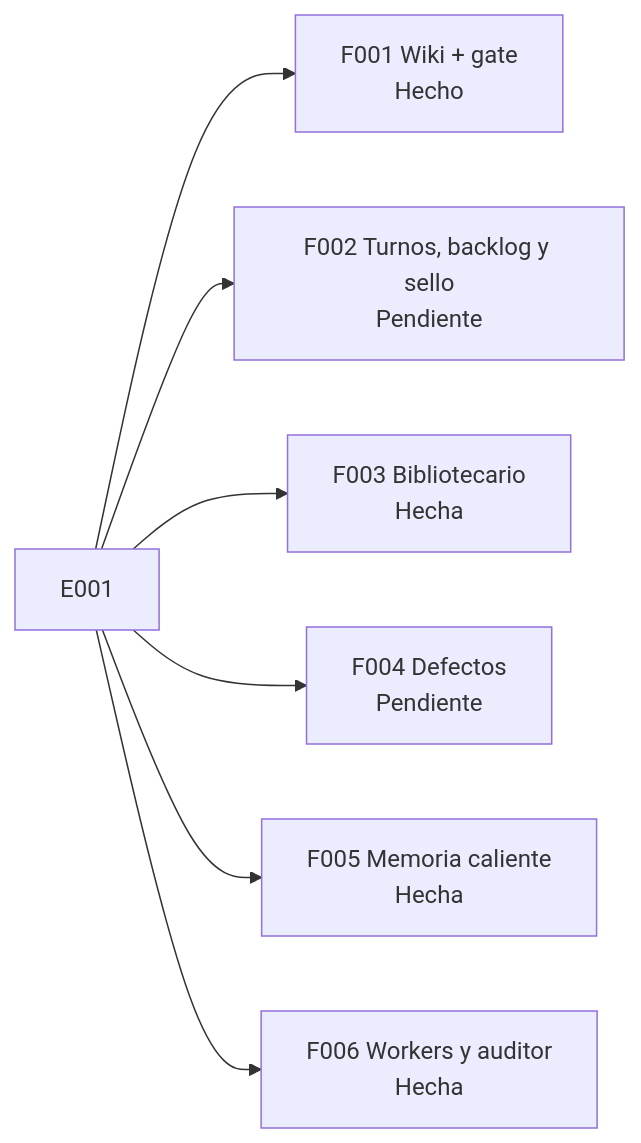
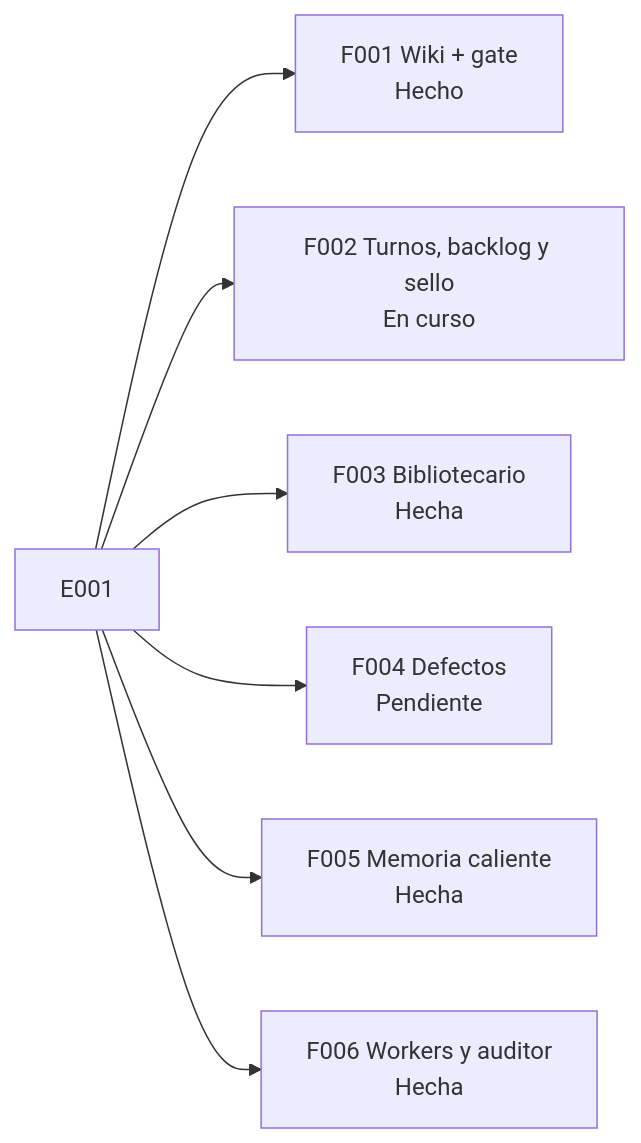
One commit to jliberal-aquas/aquas-central-harness-government changed the second of 2 diagrams in docs/E001/README.md. Above: the diagram before and after it, drawn with Mermaid. The commit also changed other lines of this file and 51 other files, not shown here.

````diff
--- a/docs/E001/README.md
+++ b/docs/E001/README.md
@@ -121,9 +121,9 @@
 ```mermaid
 flowchart LR
     E["E001"] --> F1["F001 Wiki + gate<br/>Hecho"]
-    E --> F2["F002 Turnos, backlog y sello<br/>Pendiente"]
+    E --> F2["F002 Turnos, backlog y sello<br/>En curso"]
     E --> F3["F003 Bibliotecario<br/>Hecha"]
     E --> F4["F004 Defectos<br/>Pendiente"]
     E --> F5["F005 Memoria caliente<br/>Hecha"]
     E --> F6["F006 Workers y auditor<br/>Hecha"]
 ```
````
